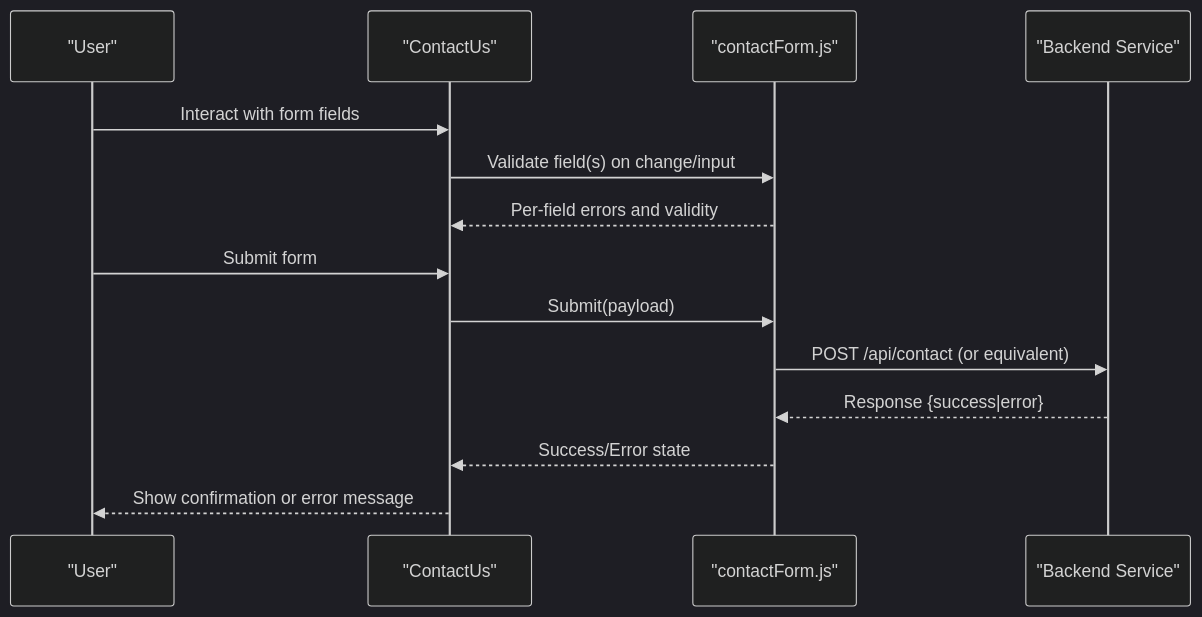
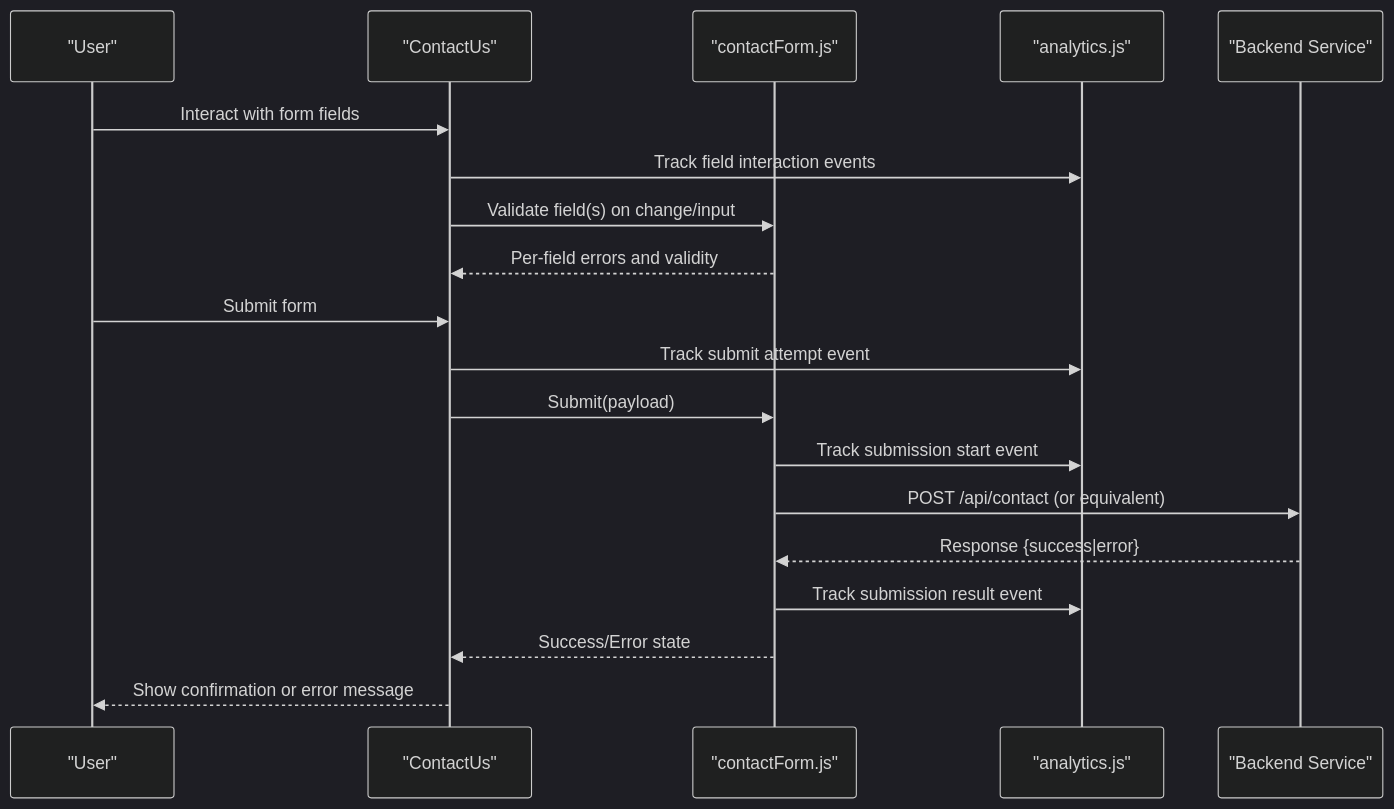
The second of 3 diagrams in .qoder/repowiki/en/content/Component Architecture/Contact System Components.md (Theja4/podiummomentum), drawn with Mermaid (dark theme) before and after one commit. The commit also changed other lines of this file and 48 other files, not shown here.

````diff
--- a/.qoder/repowiki/en/content/Component Architecture/Contact System Components.md
+++ b/.qoder/repowiki/en/content/Component Architecture/Contact System Components.md
@@ -78,16 +97,21 @@
 ```mermaid
 sequenceDiagram
 participant U as "User"
 participant UI as "ContactUs"
 participant F as "contactForm.js"
+participant A as "analytics.js"
 participant API as "Backend Service"
 U->>UI : Interact with form fields
+UI->>A : Track field interaction events
 UI->>F : Validate field(s) on change/input
 F-->>UI : Per-field errors and validity
 U->>UI : Submit form
+UI->>A : Track submit attempt event
 UI->>F : Submit(payload)
+F->>A : Track submission start event
 F->>API : POST /api/contact (or equivalent)
 API-->>F : Response {success|error}
+F->>A : Track submission result event
 F-->>UI : Success/Error state
 UI-->>U : Show confirmation or error message
 ```
````
